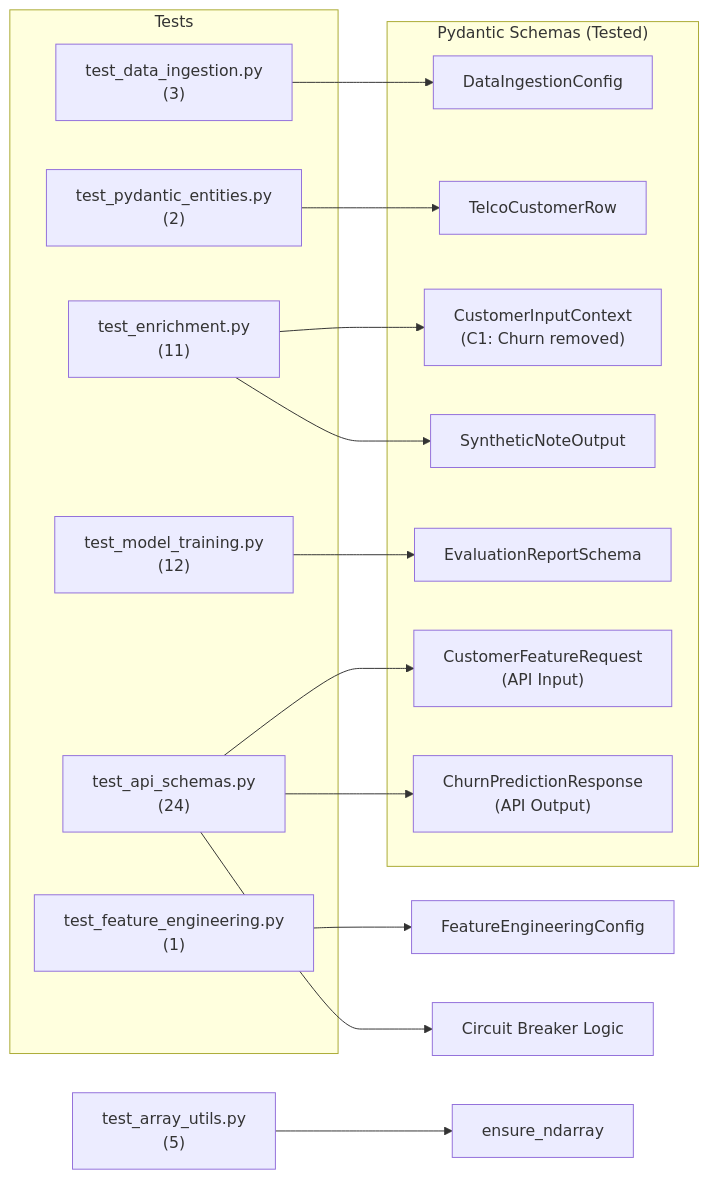
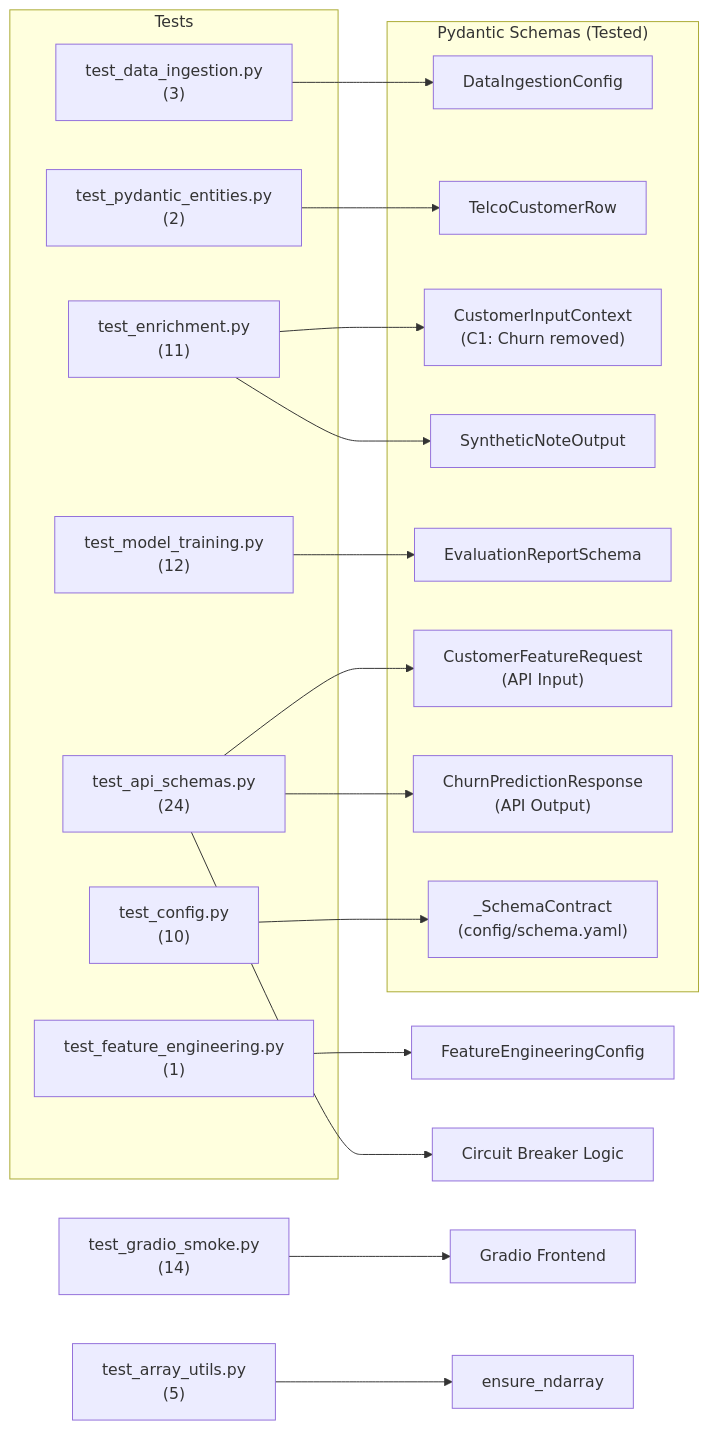
Before and after one commit to SebastianGarrido2790/ai-ml-telecom-customer-churn: the diagram in reports/docs/runbooks/test_suite.md, drawn with Mermaid. The commit also changed other lines of this file and 5 other files, not shown here.

Commit message:
feat(hardening): integrate pyright gate, schema validation, and gradio smoke tests

````diff
--- a/reports/docs/runbooks/test_suite.md
+++ b/reports/docs/runbooks/test_suite.md
@@ -339,32 +355,36 @@
 ```mermaid
 graph LR
     subgraph "Pydantic Schemas (Tested)"
         DataIngestionConfig["DataIngestionConfig"]
         TelcoCustomerRow["TelcoCustomerRow"]
         CustomerInputContext["CustomerInputContext\n(C1: Churn removed)"]
         SyntheticNoteOutput["SyntheticNoteOutput"]
         EvaluationReportSchema["EvaluationReportSchema"]
         CustomerFeatureRequest["CustomerFeatureRequest\n(API Input)"]
         ChurnPredictionResponse["ChurnPredictionResponse\n(API Output)"]
+        SchemaContract["_SchemaContract\n(config/schema.yaml)"]
     end
 
     subgraph "Tests"
         T0["test_data_ingestion.py\n(3)"]
         T1["test_pydantic_entities.py\n(2)"]
         T2["test_enrichment.py\n(11)"]
         T3["test_feature_engineering.py\n(1)"]
         T4["test_model_training.py\n(12)"]
         T6["test_api_schemas.py\n(24)"]
+        T7["test_config.py\n(10)"]
     end
 
     T0 --> DataIngestionConfig
     T1 --> TelcoCustomerRow
     T2 --> CustomerInputContext
     T2 --> SyntheticNoteOutput
     T3 --> FeatureEngineeringConfig
     T4 --> EvaluationReportSchema
     T6 --> CustomerFeatureRequest
     T6 --> ChurnPredictionResponse
     T6 --> TestCircuitBreaker["Circuit Breaker Logic"]
-    T7["test_array_utils.py\n(5)"] --> ArrayUtils["ensure_ndarray"]
+    T7 --> SchemaContract
+    T8["test_gradio_smoke.py\n(14)"] --> UI["Gradio Frontend"]
+    T9["test_array_utils.py\n(5)"] --> ArrayUtils["ensure_ndarray"]
 ```
````
